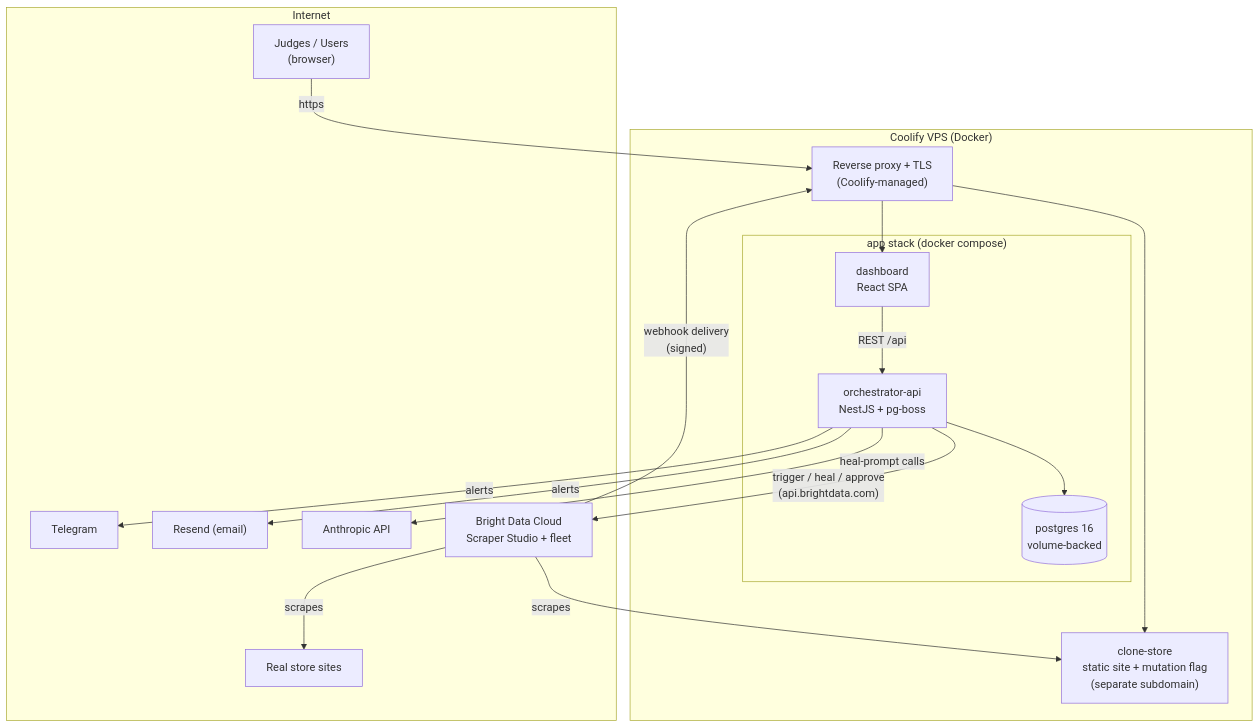
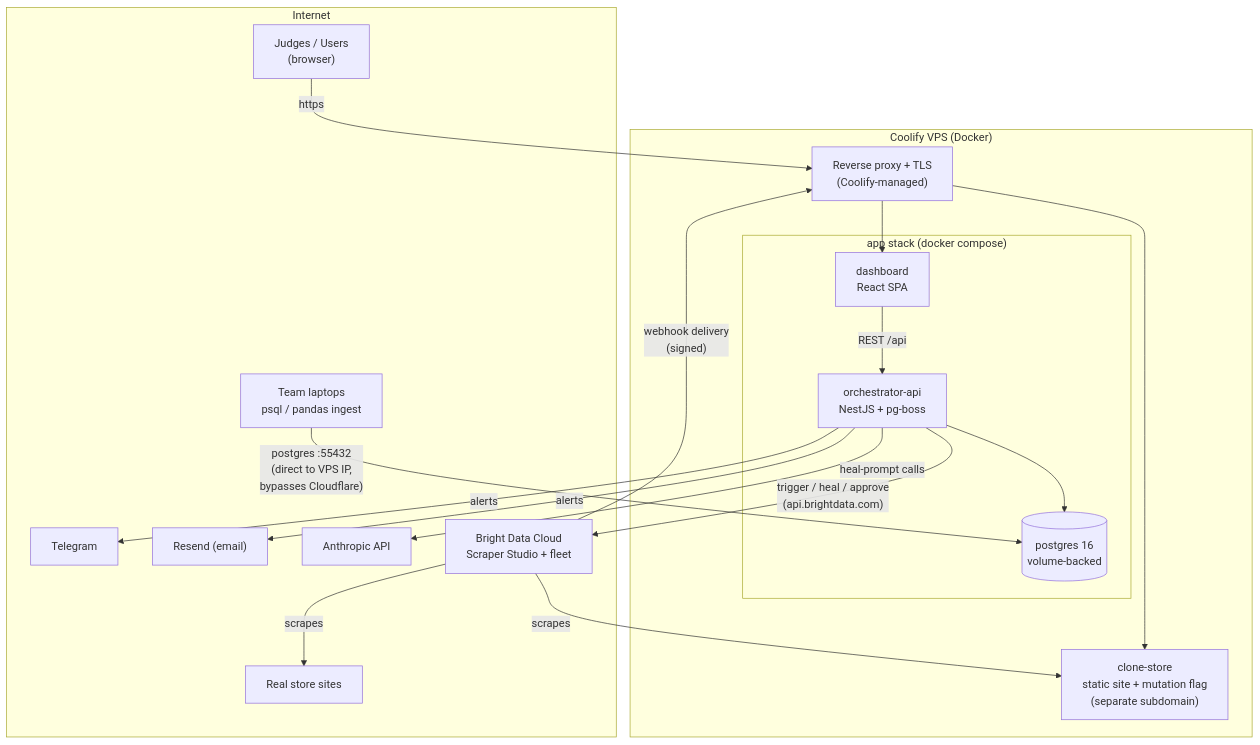
One commit to spencerjireh/basketwatch changed the fifth of 5 diagrams in docs/architecture.md. Above: the diagram before and after it, drawn with Mermaid. The commit also changed other lines of this file and 12 other files, not shown here.

````diff
--- a/docs/architecture.md
+++ b/docs/architecture.md
@@ -295,34 +315,36 @@
 ```mermaid
 flowchart TB
     subgraph INET["Internet"]
         JUDGE["Judges / Users<br/>(browser)"]
         TG["Telegram"]
         RESEND["Resend (email)"]
         ANTHROPIC["Anthropic API"]
         BDCLOUD["Bright Data Cloud<br/>Scraper Studio + fleet"]
         STORES["Real store sites"]
+        TEAM["Team laptops<br/>psql / pandas ingest"]
     end
 
     subgraph COOLIFY["Coolify VPS (Docker)"]
         PROXY["Reverse proxy + TLS<br/>(Coolify-managed)"]
         subgraph APP["app stack (docker compose)"]
             WEB["dashboard<br/>React SPA"]
             APIC["orchestrator-api<br/>NestJS + pg-boss"]
             PG[("postgres 16<br/>volume-backed")]
         end
         CLONE["clone-store<br/>static site + mutation flag<br/>(separate subdomain)"]
     end
 
     JUDGE -->|https| PROXY
     PROXY --> WEB
     PROXY --> CLONE
     WEB -->|REST /api| APIC
     APIC --> PG
     APIC -->|"trigger / heal / approve<br/>(api.brightdata.com)"| BDCLOUD
     BDCLOUD -->|"webhook delivery<br/>(signed)"| PROXY
     BDCLOUD -->|scrapes| STORES
     BDCLOUD -->|scrapes| CLONE
     APIC -->|heal-prompt calls| ANTHROPIC
     APIC -->|alerts| RESEND
     APIC -->|alerts| TG
+    TEAM -->|"postgres :55432<br/>(direct to VPS IP,<br/>bypasses Cloudflare)"| PG
 ```
````
